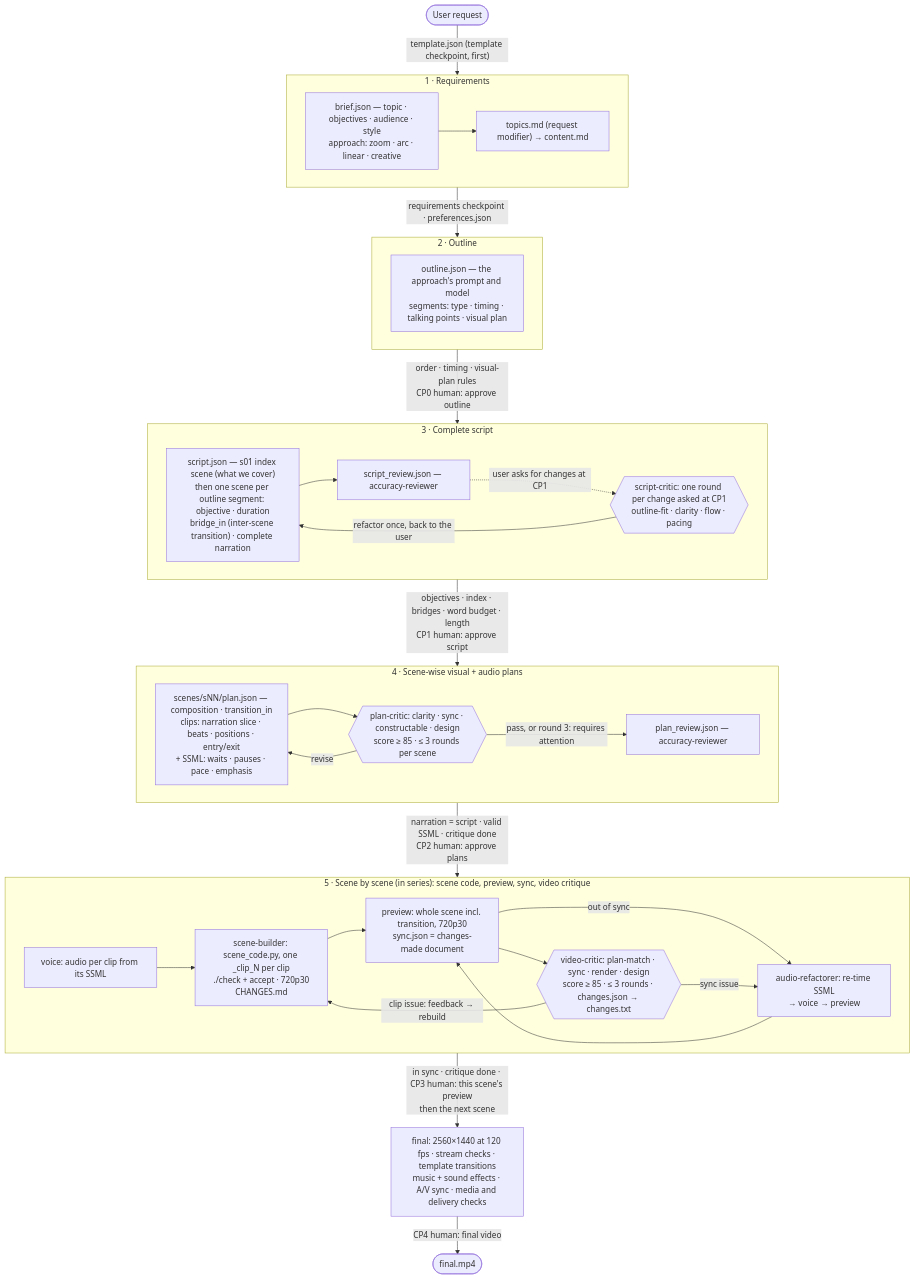
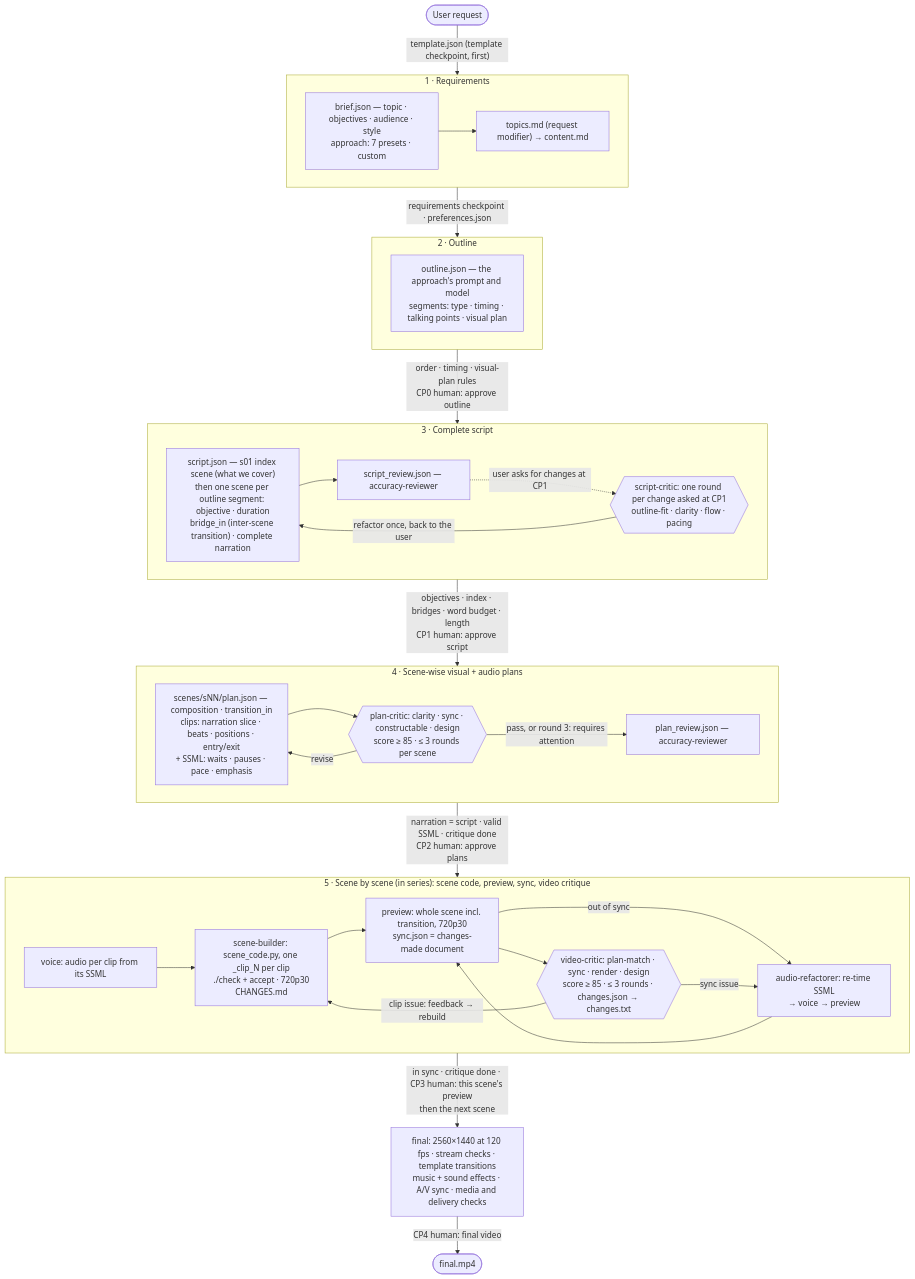
The diagram in README.md (GARV-PATEL-11/Text-2-Shorts), drawn with Mermaid before and after one commit. The commit also changed other lines of this file and 65 other files, not shown here.

````diff
--- a/README.md
+++ b/README.md
@@ -59,42 +59,42 @@
 ```mermaid
 flowchart TD
     U(["User request"]) -->|"template.json (template checkpoint, first)"| R
     subgraph R["1 · Requirements"]
-        B["brief.json — topic · objectives · audience · style<br/>approach: zoom · arc · linear · creative"]
+        B["brief.json — topic · objectives · audience · style<br/>approach: 7 presets · custom"]
         T["topics.md (request modifier) → content.md"]
         B --> T
     end
     R -->|"requirements checkpoint · preferences.json"| O
     subgraph O["2 · Outline"]
         OL["outline.json — the approach's prompt and model<br/>segments: type · timing · talking points · visual plan"]
     end
     O -->|"order · timing · visual-plan rules<br/>CP0 human: approve outline"| S
     subgraph S["3 · Complete script"]
         SC["script.json — s01 index scene (what we cover)<br/>then one scene per outline segment: objective · duration<br/>bridge_in (inter-scene transition) · complete narration"]
         SK{{"script-critic: one round per change asked at CP1<br/>outline-fit · clarity · flow · pacing"}}
         SR["script_review.json — accuracy-reviewer"]
         SC --> SR
         SR -.->|"user asks for changes at CP1"| SK
         SK -->|"refactor once, back to the user"| SC
     end
     S -->|"objectives · index · bridges · word budget · length<br/>CP1 human: approve script"| P
     subgraph P["4 · Scene-wise visual + audio plans"]
         PL["scenes/sNN/plan.json — composition · transition_in<br/>clips: narration slice · beats · positions · entry/exit<br/>+ SSML: waits · pauses · pace · emphasis"]
         PC{{"plan-critic: clarity · sync · constructable · design<br/>score ≥ 85 · ≤ 3 rounds per scene"}}
         PL --> PC -->|revise| PL
         PR["plan_review.json — accuracy-reviewer"]
         PC -->|"pass, or round 3: requires attention"| PR
     end
     P -->|"narration = script · valid SSML · critique done<br/>CP2 human: approve plans"| C
     subgraph C["5 · Scene by scene (in series): scene code, preview, sync, video critique"]
         V["voice: audio per clip from its SSML"] --> K["scene-builder: scene_code.py, one _clip_N per clip<br/>./check + accept · 720p30<br/>CHANGES.md"]
         K --> PV["preview: whole scene incl. transition, 720p30<br/>sync.json = changes-made document"]
         PV -->|out of sync| AR["audio-refactorer: re-time SSML<br/>→ voice → preview"]
         AR --> PV
         PV --> VC{{"video-critic: plan-match · sync · render · design<br/>score ≥ 85 · ≤ 3 rounds · changes.json → changes.txt"}}
         VC -->|"sync issue"| AR
         VC -->|"clip issue: feedback → rebuild"| K
     end
     C -->|"in sync · critique done · CP3 human: this scene's preview<br/>then the next scene"| F["final: 2560×1440 at 120 fps · stream checks · template transitions<br/>music + sound effects · A/V sync · media and delivery checks"]
     F -->|"CP4 human: final video"| D(["final.mp4"])
 ```
````
